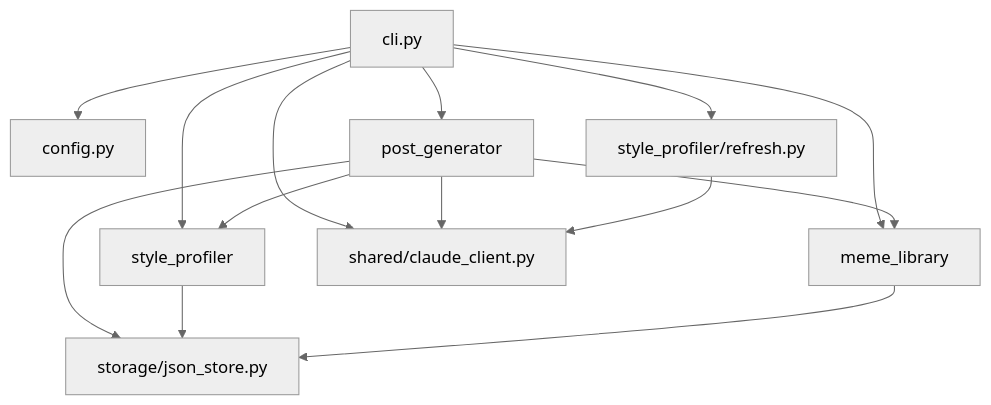
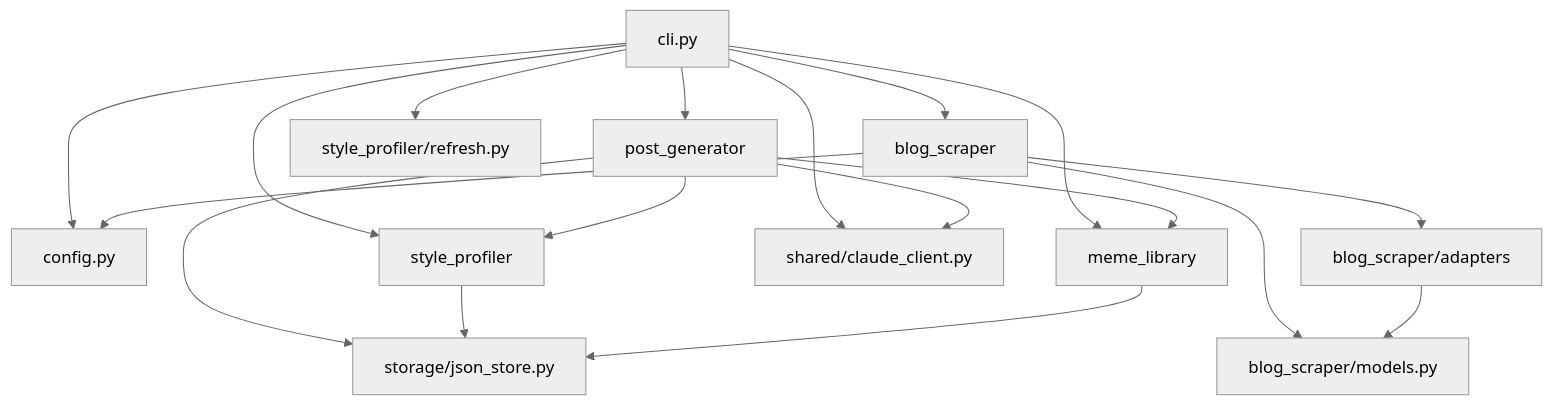
One commit to Easy-T/naver-blog-bot changed the diagram in docs/ai-context/architecture.md. Above: the diagram before and after it, drawn with Mermaid (neutral theme). The commit also changed other lines of this file and 26 other files, not shown here.

First line of the commit message:
feat: add blog scraper and URL-based profile-refresh (#3)

````diff
--- a/docs/ai-context/architecture.md
+++ b/docs/ai-context/architecture.md
@@ -8,16 +8,20 @@
 ```mermaid
 graph TD
   cli["cli.py"] --> config["config.py"]
   cli --> post_generator["post_generator"]
   cli --> style_profiler["style_profiler"]
   cli --> meme_library["meme_library"]
+  cli --> blog_scraper["blog_scraper"]
   cli --> shared_claude["shared/claude_client.py"]
   cli --> refresh["style_profiler/refresh.py"]
   post_generator --> shared_claude
   post_generator --> storage["storage/json_store.py"]
   post_generator --> style_profiler
   post_generator --> meme_library
   style_profiler --> storage
   meme_library --> storage
-  refresh --> shared_claude
+  blog_scraper --> config
+  blog_scraper --> scraper_adapters["blog_scraper/adapters"]
+  blog_scraper --> scraper_models["blog_scraper/models.py"]
+  scraper_adapters --> scraper_models
 ```
````
